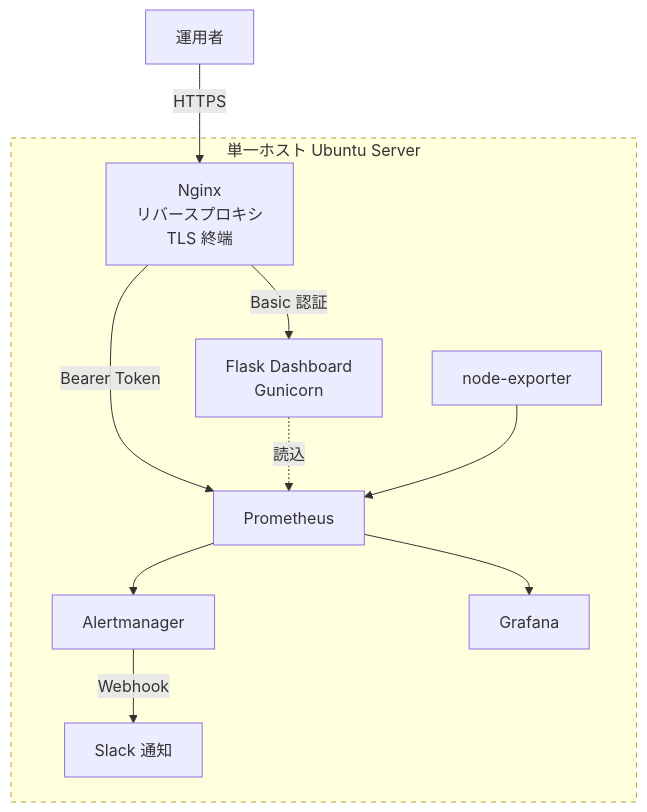
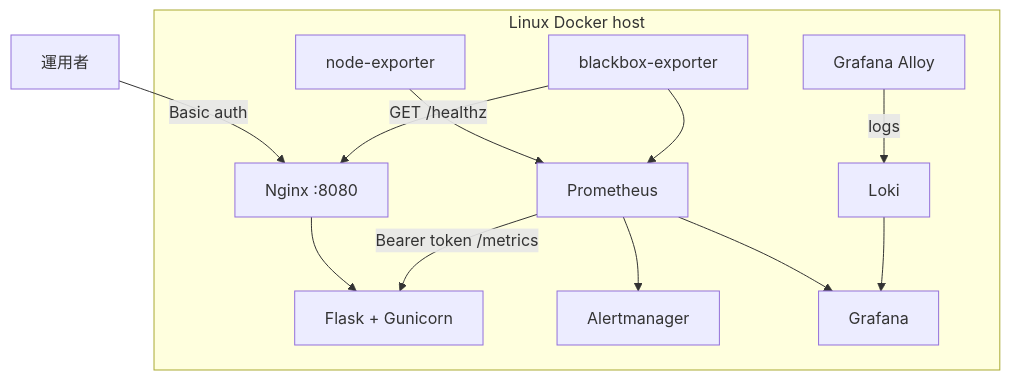
One commit to ns7jp/ns7jp changed the first of 2 diagrams in docs/architecture-diagram.md. Above: the diagram before and after it, drawn with Mermaid. The commit also changed other lines of this file and 9 other files, not shown here.

````diff
--- a/docs/architecture-diagram.md
+++ b/docs/architecture-diagram.md
@@ -9,19 +8,16 @@
 ```mermaid
 flowchart TB
-    User[運用者] -->|HTTPS| Nginx
+    User[運用者] -->|Basic auth| Nginx[Nginx :8080]
 
-    subgraph Host[単一ホスト Ubuntu Server]
-        Nginx[Nginx<br/>リバースプロキシ<br/>TLS 終端]
-        Nginx -->|Basic 認証| App[Flask Dashboard<br/>Gunicorn]
-        Nginx -->|Bearer Token| Prom[Prometheus]
-
-        App -.読込.-> Prom
-        NodeExp[node-exporter] --> Prom
+    subgraph Host[Linux Docker host]
+        Nginx --> App[Flask + Gunicorn]
+        Prom[Prometheus] -->|Bearer token /metrics| App
+        Node[node-exporter] --> Prom
+        Probe[blackbox-exporter] -->|GET /healthz| Nginx
+        Probe --> Prom
         Prom --> Alert[Alertmanager]
         Prom --> Grafana[Grafana]
-
-        Alert -->|Webhook| Slack[Slack 通知]
+        Alloy[Grafana Alloy] -->|logs| Loki[Loki]
+        Loki --> Grafana
     end
-
-    style Host stroke-dasharray: 5 5
 ```
````
